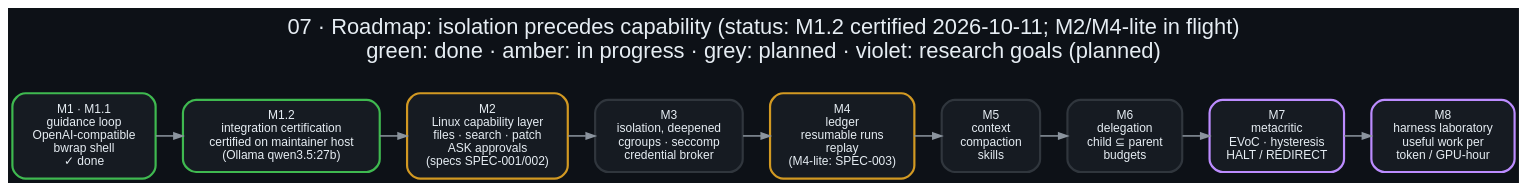
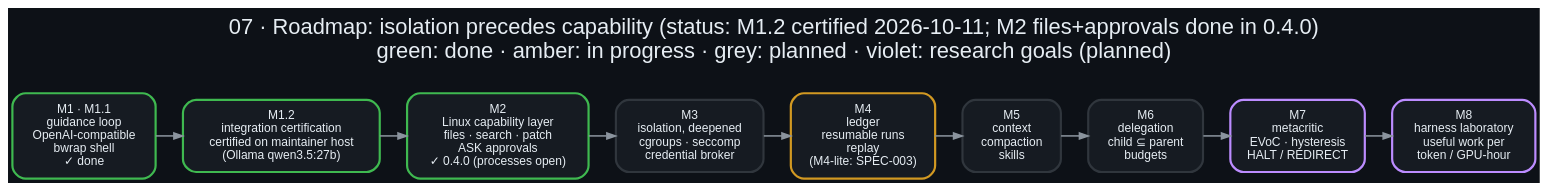
One commit to danindiana/malyutka changed the diagram in docs/diagrams/07_roadmap.dot. Above: the diagram before and after it, drawn with Graphviz. The commit also changed 38 other files, not shown here.

First line of the commit message:
feat: file tools and ASK approvals (M2, v0.4.0)

```diff
--- a/docs/diagrams/07_roadmap.dot
+++ b/docs/diagrams/07_roadmap.dot
@@ -1,18 +1,18 @@
 digraph roadmap {
     graph [bgcolor="#0d1117", rankdir=LR, fontname="Helvetica", fontcolor="#e6edf3", labelloc="t", fontsize=20,
-           label="07 · Roadmap: isolation precedes capability (status: M1.2 certified 2026-10-11; M2/M4-lite in flight)\ngreen: done · amber: in progress · grey: planned · violet: research goals (planned)\n ", nodesep=0.25, ranksep=0.35];
+           label="07 · Roadmap: isolation precedes capability (status: M1.2 certified 2026-10-11; M2 files+approvals done in 0.4.0)\ngreen: done · amber: in progress · grey: planned · violet: research goals (planned)\n ", nodesep=0.25, ranksep=0.35];
     node  [fontname="Helvetica", fontcolor="#e6edf3", color="#30363d", style="filled,rounded", shape=box, penwidth=2,
            margin="0.18,0.12", fillcolor="#161b22", fontsize=11];
     edge  [color="#8b949e", penwidth=1.4, arrowsize=0.8];
 
     m1  [label="M1 · M1.1\nguidance loop\nOpenAI-compatible\nbwrap shell\n✓ done", color="#3fb950"];
     m12 [label="M1.2\nintegration certification\ncertified on maintainer host\n(Ollama qwen3.5:27b)", color="#3fb950"];
-    m2  [label="M2\nLinux capability layer\nfiles · search · patch\nASK approvals\n(specs SPEC-001/002)", color="#d29922"];
+    m2  [label="M2\nLinux capability layer\nfiles · search · patch\nASK approvals\n✓ 0.4.0 (processes open)", color="#3fb950"];
     m3  [label="M3\nisolation, deepened\ncgroups · seccomp\ncredential broker", color="#30363d"];
     m4  [label="M4\nledger\nresumable runs\nreplay\n(M4-lite: SPEC-003)", color="#d29922"];
     m5  [label="M5\ncontext\ncompaction\nskills", color="#30363d"];
     m6  [label="M6\ndelegation\nchild ⊆ parent\nbudgets", color="#30363d"];
     m7  [label="M7\nmetacritic\nEVoC · hysteresis\nHALT / REDIRECT", color="#bc8cff"];
     m8  [label="M8\nharness laboratory\nuseful work per\ntoken / GPU-hour", color="#bc8cff"];
     m1 -> m12 -> m2 -> m3 -> m4 -> m5 -> m6 -> m7 -> m8;
 }
```
